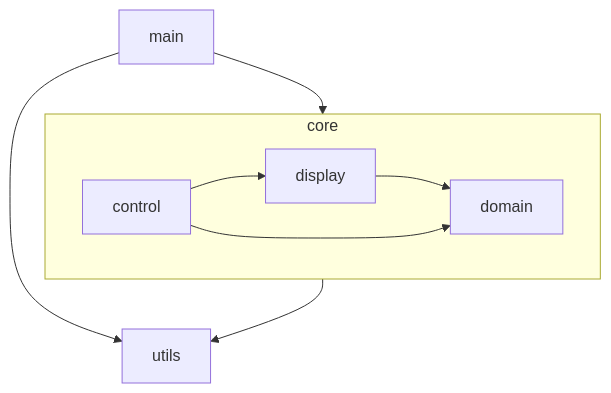
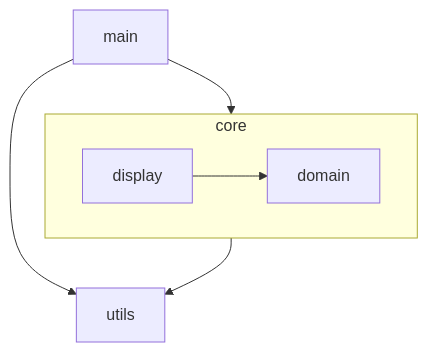
One commit to joaomelo/calystone changed the first of 2 diagrams in README.md. Above: the diagram before and after it, drawn with Mermaid. The commit also changed other lines of this file and 32 other files, not shown here.

````diff
--- a/README.md
+++ b/README.md
@@ -11,17 +11,14 @@
 ```mermaid
 graph TD
   main
   subgraph core
     direction LR
     domain
     display
-    control
   end
   utils
   main --> core
   main --> utils
   core --> utils
   display --> domain
-  control --> domain
-  control --> display
 ```
````
